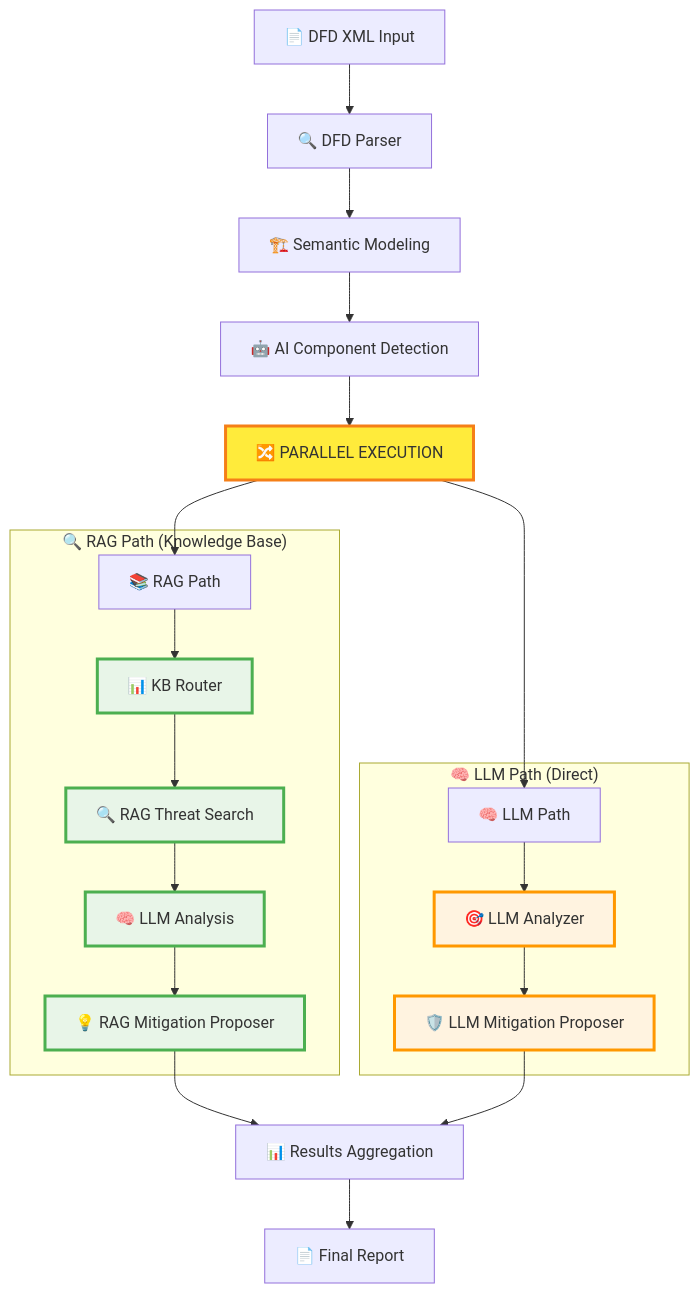
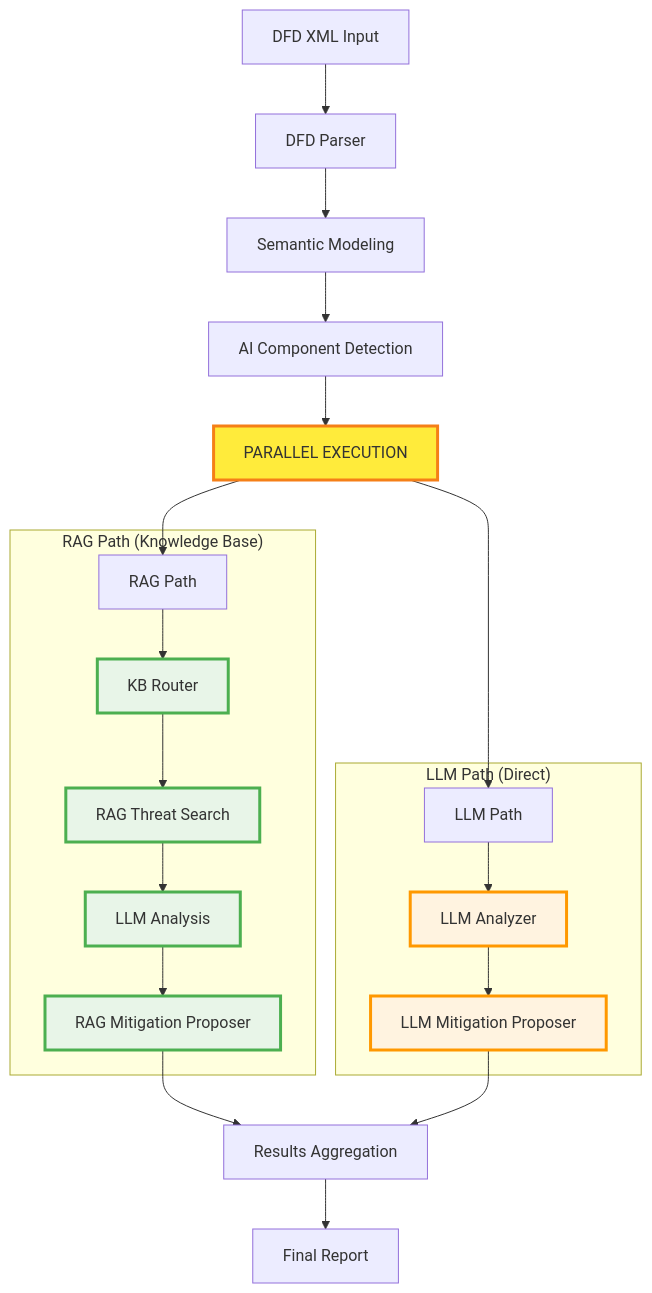
One commit to fennih/fraitmo changed the diagram in README.md. Above: the diagram before and after it, drawn with Mermaid. The commit also changed other lines of this file and 12 other files, not shown here.

````diff
--- a/README.md
+++ b/README.md
@@ -125,35 +125,35 @@
 ```mermaid
 graph TD
-    A["📄 DFD XML Input"] --> B["🔍 DFD Parser"]
-    B --> C["🏗️ Semantic Modeling"]
-    C --> D["🤖 AI Component Detection"]
+    A["DFD XML Input"] --> B["DFD Parser"]
+    B --> C["Semantic Modeling"]
+    C --> D["AI Component Detection"]
     
-    D --> E["🔀 PARALLEL EXECUTION"]
+    D --> E["PARALLEL EXECUTION"]
     
-    E --> F["📚 RAG Path"]
-    E --> G["🧠 LLM Path"]
+    E --> F["RAG Path"]
+    E --> G["LLM Path"]
     
-    subgraph RAG["🔍 RAG Path (Knowledge Base)"]
-        F --> H["📊 KB Router"]
-        H --> I["🔍 RAG Threat Search"]
-        I --> J["🧠 LLM Analysis"]
-        J --> K["💡 RAG Mitigation Proposer"]
+    subgraph RAG["RAG Path (Knowledge Base)"]
+        F --> H["KB Router"]
+        H --> I["RAG Threat Search"]
+        I --> J["LLM Analysis"]
+        J --> K["RAG Mitigation Proposer"]
     end
     
-    subgraph LLM["🧠 LLM Path (Direct)"]
-        G --> L["🎯 LLM Analyzer"]
-        L --> M["🛡️ LLM Mitigation Proposer"]
+    subgraph LLM["LLM Path (Direct)"]
+        G --> L["LLM Analyzer"]
+        L --> M["LLM Mitigation Proposer"]
     end
     
-    K --> N["📊 Results Aggregation"]
+    K --> N["Results Aggregation"]
     M --> N
-    N --> O["📄 Final Report"]
+    N --> O["Final Report"]
     
     style E fill:#ffeb3b,stroke:#f57f17,stroke-width:3px
     style H fill:#e8f5e8,stroke:#4caf50,stroke-width:3px
     style I fill:#e8f5e8,stroke:#4caf50,stroke-width:3px
     style J fill:#e8f5e8,stroke:#4caf50,stroke-width:3px
     style K fill:#e8f5e8,stroke:#4caf50,stroke-width:3px
     style L fill:#fff3e0,stroke:#ff9800,stroke-width:3px
     style M fill:#fff3e0,stroke:#ff9800,stroke-width:3px
 ```
````
